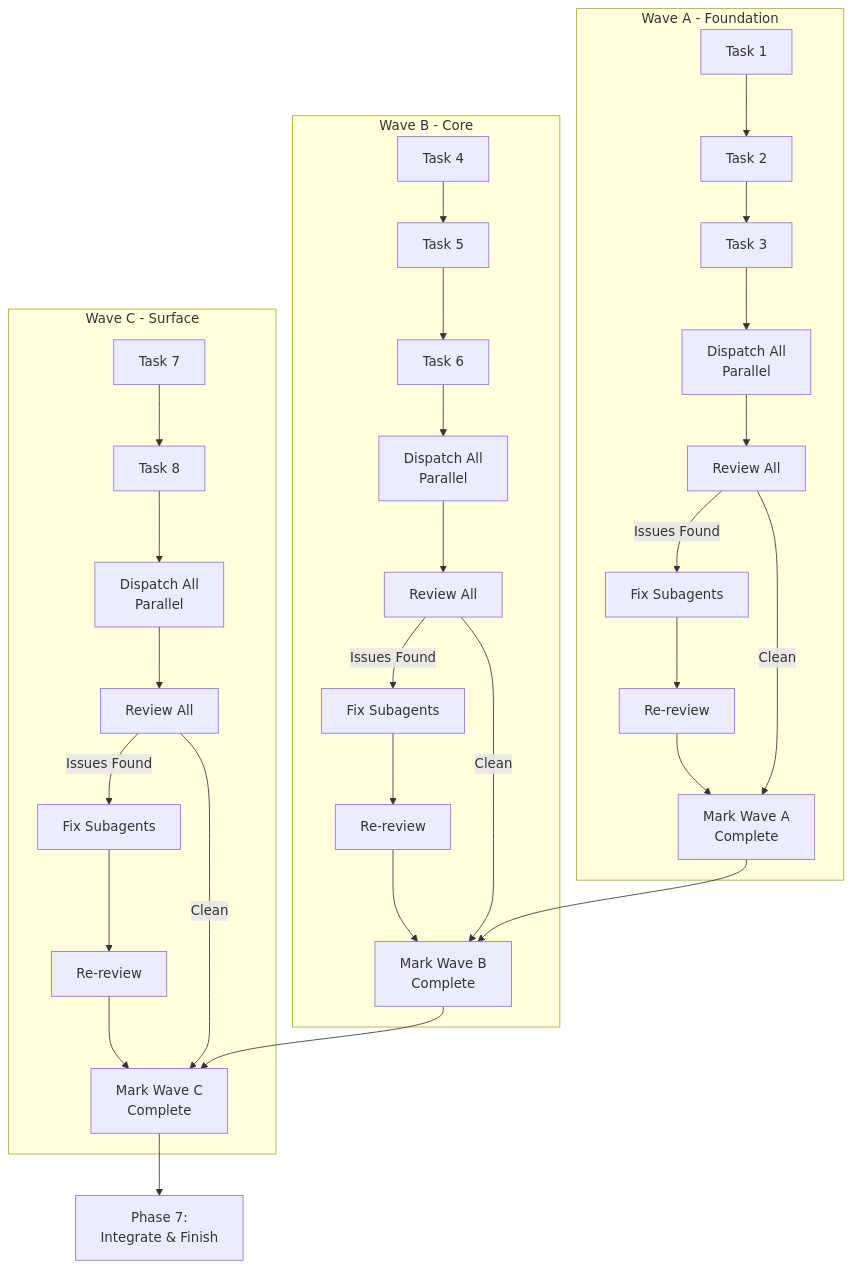
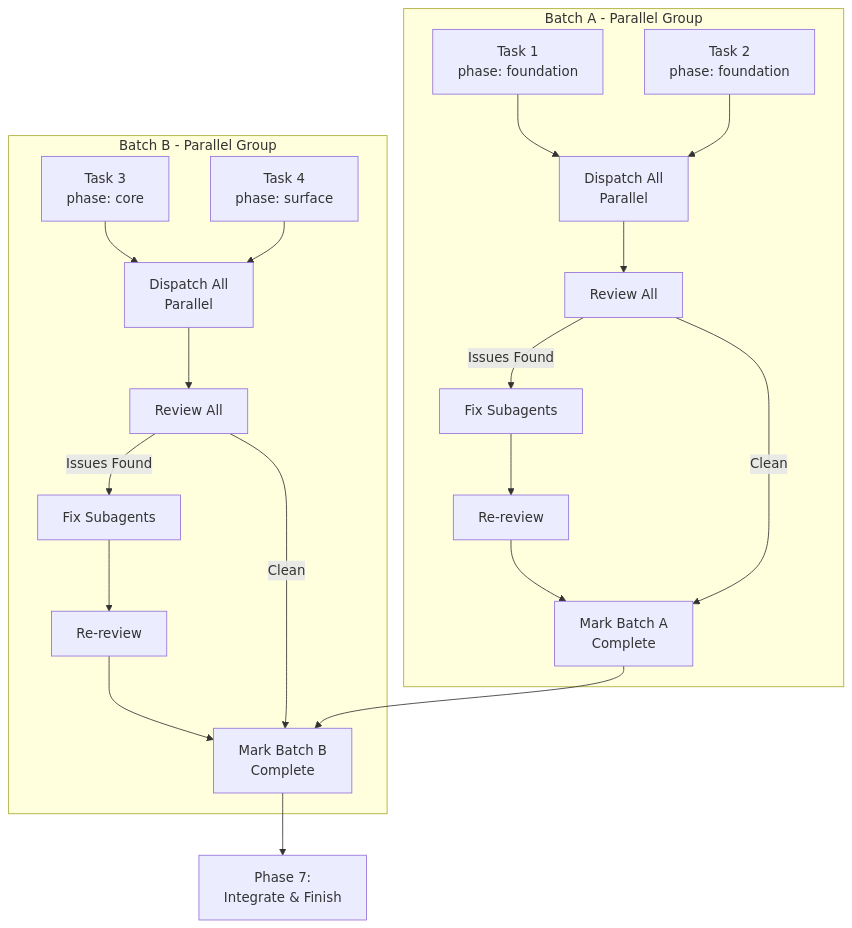
Before and after one commit to gugacarbo/agents-skills: the fourth of 12 diagrams in super-planning/README.md, drawn with Mermaid. The commit also changed other lines of this file and 22 other files, not shown here.

````diff
--- a/super-planning/README.md
+++ b/super-planning/README.md
@@ -65,38 +78,31 @@
 ```mermaid
 flowchart TD
-    subgraph Wave A - Foundation
-        A1[Task 1] --> A2[Task 2]
-        A2 --> A3[Task 3]
-        A3 --> A4[Dispatch All<br/>Parallel]
-        A4 --> A5[Review All]
-        A5 -->|Issues Found| A6[Fix Subagents]
-        A6 --> A7[Re-review]
-        A7 --> A8[Mark Wave A<br/>Complete]
-        A5 -->|Clean| A8
+    subgraph Batch A - Parallel Group
+        A1[Task 1<br/>phase: foundation]
+        A2[Task 2<br/>phase: foundation]
+        A3[Dispatch All<br/>Parallel]
+        A1 --> A3
+        A2 --> A3
+        A3 --> A4[Review All]
+        A4 -->|Issues Found| A5[Fix Subagents]
+        A5 --> A6[Re-review]
+        A6 --> A7[Mark Batch A<br/>Complete]
+        A4 -->|Clean| A7
     end
 
-    subgraph Wave B - Core
-        B1[Task 4] --> B2[Task 5]
-        B2 --> B3[Task 6]
-        B3 --> B4[Dispatch All<br/>Parallel]
-        B4 --> B5[Review All]
-        B5 -->|Issues Found| B6[Fix Subagents]
-        B6 --> B7[Re-review]
-        B7 --> B8[Mark Wave B<br/>Complete]
-        B5 -->|Clean| B8
+    subgraph Batch B - Parallel Group
+        B1[Task 3<br/>phase: core]
+        B2[Task 4<br/>phase: surface]
+        B3[Dispatch All<br/>Parallel]
+        B1 --> B3
+        B2 --> B3
+        B3 --> B4[Review All]
+        B4 -->|Issues Found| B5[Fix Subagents]
+        B5 --> B6[Re-review]
+        B6 --> B7[Mark Batch B<br/>Complete]
+        B4 -->|Clean| B7
     end
 
-    subgraph Wave C - Surface
-        C1[Task 7] --> C2[Task 8]
-        C2 --> C3[Dispatch All<br/>Parallel]
-        C3 --> C4[Review All]
-        C4 -->|Issues Found| C5[Fix Subagents]
-        C5 --> C6[Re-review]
-        C6 --> C7[Mark Wave C<br/>Complete]
-        C4 -->|Clean| C7
-    end
-
-    A8 --> B8
-    B8 --> C7
-    C7 --> INTEGRATE[Phase 7:<br/>Integrate & Finish]
+    A7 --> B7
+    B7 --> INTEGRATE[Phase 7:<br/>Integrate & Finish]
 ```
````
